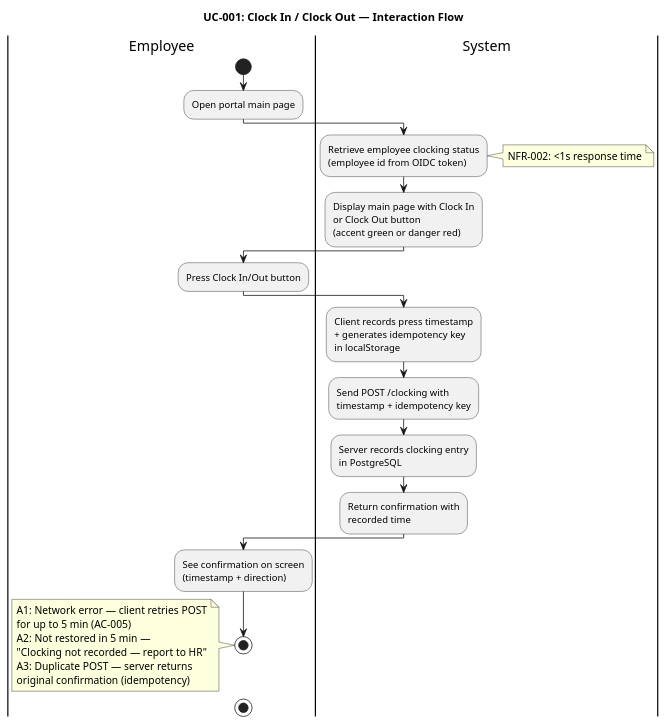
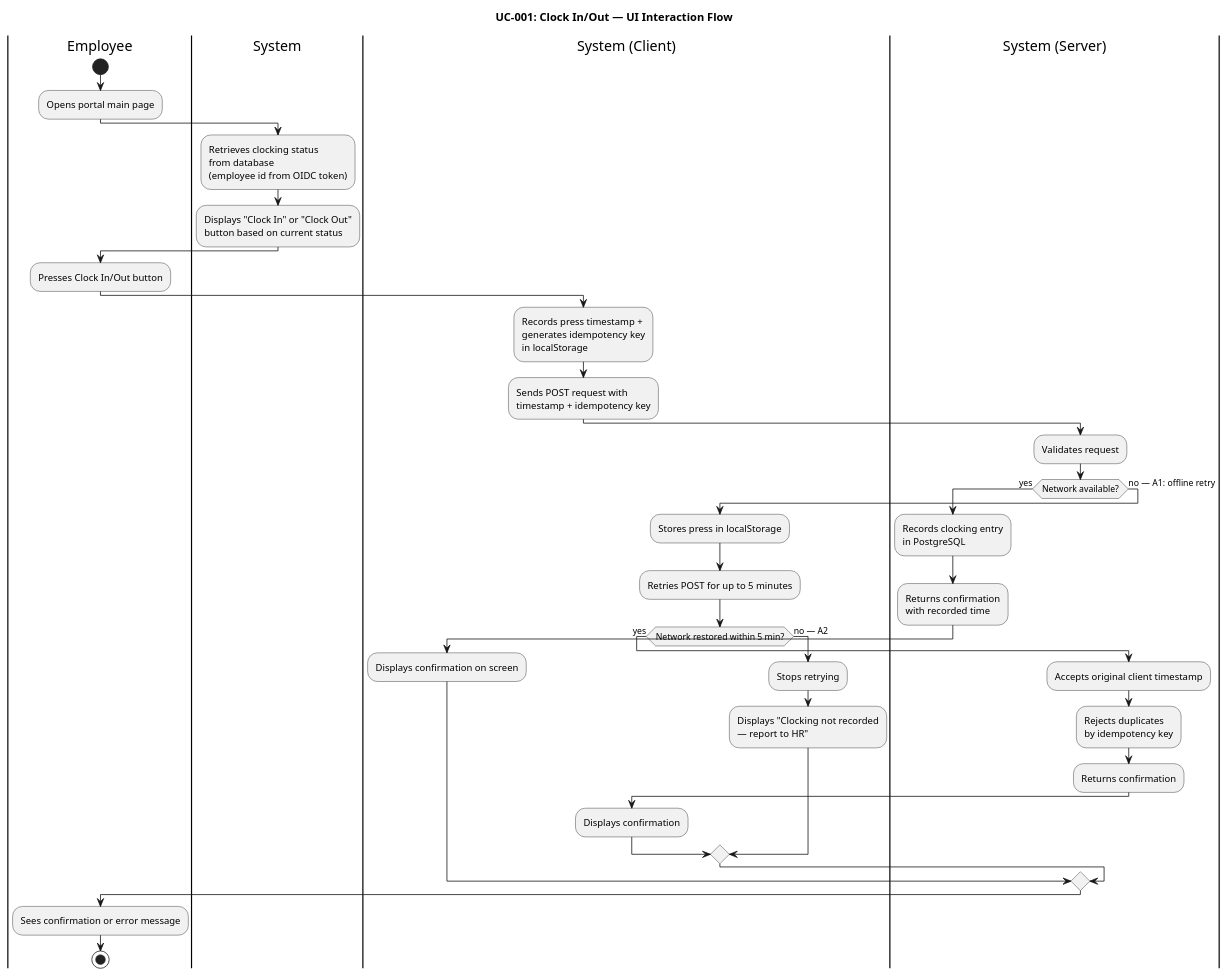
One commit to banense-test/portal-cuba-corp changed diagram 21 of 32 in docs/artifacts/analysis---design/design-model.md. Above: the diagram before and after it, drawn with PlantUML. The commit also changed other lines of this file, not shown here.

````diff
--- a/docs/artifacts/analysis---design/design-model.md
+++ b/docs/artifacts/analysis---design/design-model.md
@@ -1864,34 +1850,43 @@
 ```plantuml
 @startuml
-title UC-001: Clock In / Clock Out — Interaction Flow
-
-|Employee|
-|System|
+title UC-001: Clock In/Out — UI Interaction Flow
 
 |Employee|
 start
-:Open portal main page;
+:Opens portal main page;
 |System|
-:Retrieve employee clocking status\n(employee id from OIDC token);
-note right: NFR-002: <1s response time
-|System|
-:Display main page with Clock In\nor Clock Out button\n(accent green or danger red);
+:Retrieves clocking status\nfrom database\n(employee id from OIDC token);
+:Displays "Clock In" or "Clock Out"\nbutton based on current status;
 |Employee|
-:Press Clock In/Out button;
-|System|
-:Client records press timestamp\n+ generates idempotency key\nin localStorage;
-|System|
-:Send POST /clocking with\ntimestamp + idempotency key;
-|System|
-:Server records clocking entry\nin PostgreSQL;
-|System|
-:Return confirmation with\nrecorded time;
+:Presses Clock In/Out button;
+|System (Client)|
+:Records press timestamp +\ngenerates idempotency key\nin localStorage;
+:Sends POST request with\ntimestamp + idempotency key;
+|System (Server)|
+:Validates request;
+if (Network available?) then (yes)
+  :Records clocking entry\nin PostgreSQL;
+  :Returns confirmation\nwith recorded time;
+  |System (Client)|
+  :Displays confirmation on screen;
+else (no — A1: offline retry)
+  :Stores press in localStorage;
+  :Retries POST for up to 5 minutes;
+  if (Network restored within 5 min?) then (yes)
+    |System (Server)|
+    :Accepts original client timestamp;
+    :Rejects duplicates\nby idempotency key;
+    :Returns confirmation;
+    |System (Client)|
+    :Displays confirmation;
+  else (no — A2)
+    |System (Client)|
+    :Stops retrying;
+    :Displays "Clocking not recorded\n— report to HR";
+  endif
+endif
 |Employee|
-:See confirmation on screen\n(timestamp + direction);
-stop
-
-|Employee|
-note left: A1: Network error — client retries POST\nfor up to 5 min (AC-005)\nA2: Not restored in 5 min —\n"Clocking not recorded — report to HR"\nA3: Duplicate POST — server returns\noriginal confirmation (idempotency)
+:Sees confirmation or error message;
 stop
 @enduml
 ```
````
